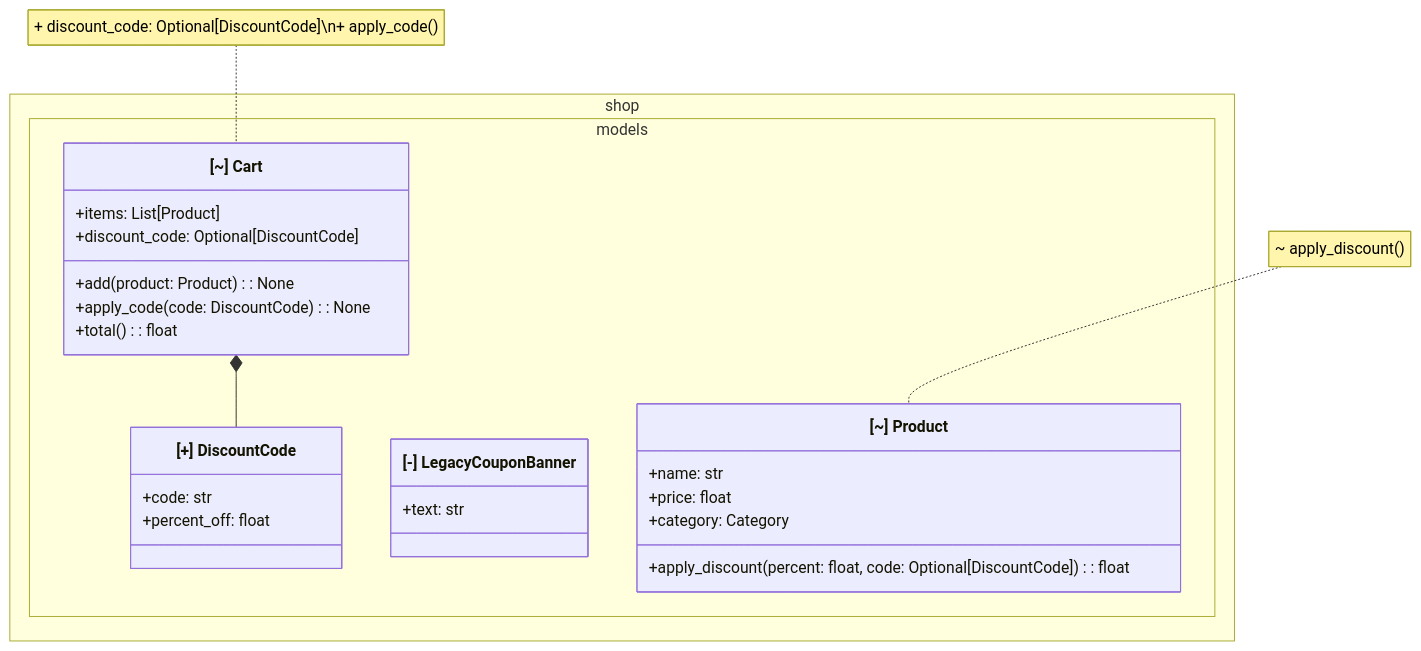
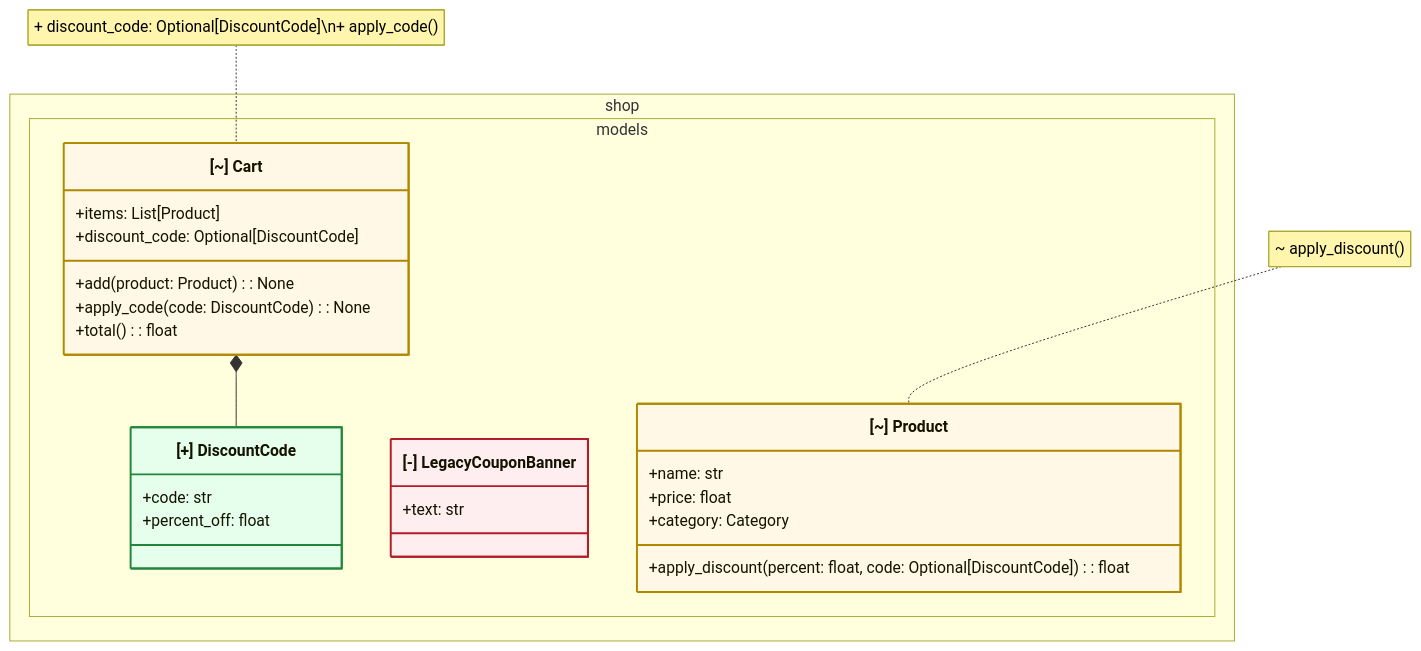
The diagram in docs/examples/shop-discount-codes.md (t29mato/design-diff), drawn with Mermaid before and after one commit. The commit also changed other lines of this file and 6 other files, not shown here.

First line of the commit message:
feat: Mermaid style文で実際の色分けを実装(classDef/cssClass不具合の解決)

````diff
--- a/docs/examples/shop-discount-codes.md
+++ b/docs/examples/shop-discount-codes.md
@@ -22,28 +25,32 @@
 ```mermaid
 classDiagram
     namespace shop.models {
         class shop_models_Cart["[~] Cart"] {
             +items: List[Product]
             +discount_code: Optional[DiscountCode]
             +add(product: Product): None
             +apply_code(code: DiscountCode): None
             +total(): float
         }
         class shop_models_DiscountCode["[+] DiscountCode"] {
             +code: str
             +percent_off: float
         }
         class shop_models_LegacyCouponBanner["[-] LegacyCouponBanner"] {
             +text: str
         }
         class shop_models_Product["[~] Product"] {
             +name: str
             +price: float
             +category: Category
             +apply_discount(percent: float, code: Optional[DiscountCode]): float
         }
     }
+    style shop_models_Cart fill:#fff8e6,stroke:#b08800,stroke-width:2px
+    style shop_models_DiscountCode fill:#e6ffed,stroke:#22863a,stroke-width:2px
+    style shop_models_LegacyCouponBanner fill:#ffeef0,stroke:#b31d28,stroke-width:2px
+    style shop_models_Product fill:#fff8e6,stroke:#b08800,stroke-width:2px
     note for shop_models_Cart "+ discount_code: Optional[DiscountCode]\n+ apply_code()"
     note for shop_models_Product "~ apply_discount()"
     shop_models_Cart *-- shop_models_DiscountCode
 ```
````
